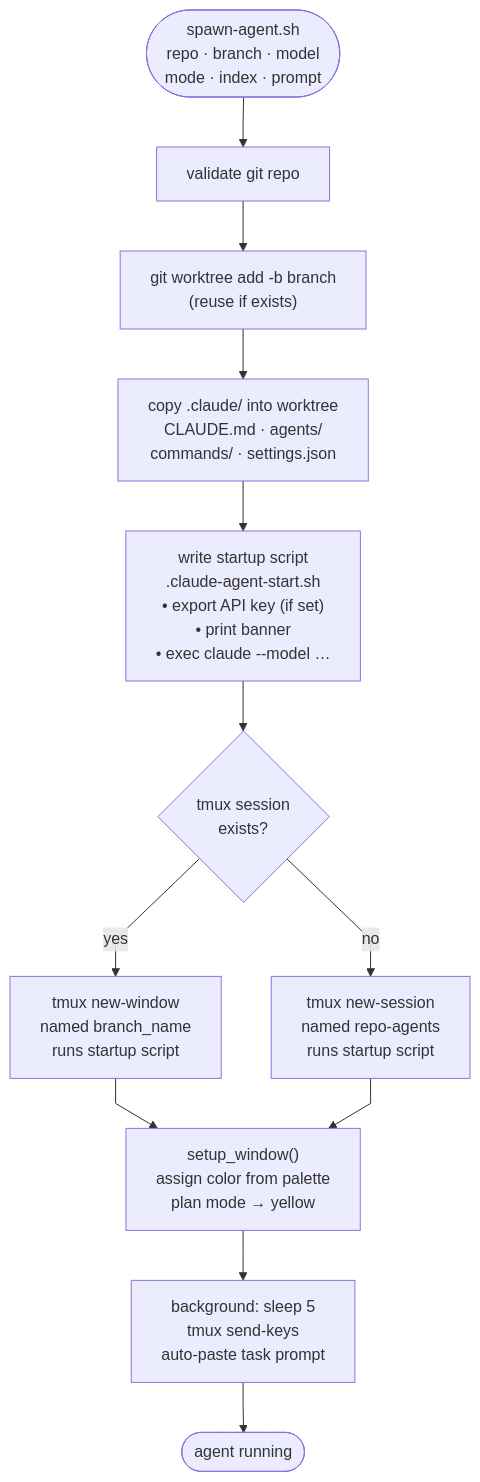
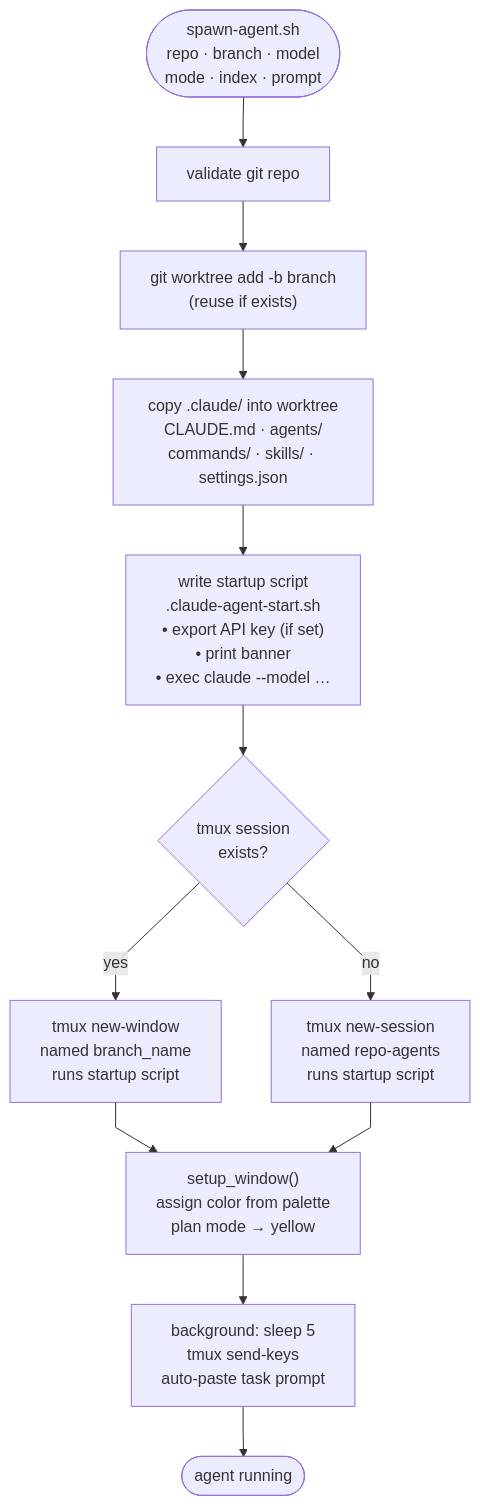
One commit to allexcd/claude-supervisor changed the third of 3 diagrams in ARCHITECTURE.md. Above: the diagram before and after it, drawn with Mermaid. The commit also changed other lines of this file and 1 other file, not shown here.

Commit message:
docs: update README and ARCHITECTURE to document .claude/skills/

````diff
--- a/ARCHITECTURE.md
+++ b/ARCHITECTURE.md
@@ -207,18 +215,18 @@
 ```mermaid
 %%{init: {'flowchart': {'curve': 'linear'}}}%%
 flowchart TD
     IN(["spawn-agent.sh\nrepo · branch · model\nmode · index · prompt"]) --> V[validate git repo]
     V --> WT["git worktree add -b branch\n(reuse if exists)"]
-    WT --> CP["copy .claude/ into worktree\nCLAUDE.md · agents/\ncommands/ · settings.json"]
+    WT --> CP["copy .claude/ into worktree\nCLAUDE.md · agents/\ncommands/ · skills/ · settings.json"]
     CP --> SC["write startup script\n.claude-agent-start.sh\n• export API key (if set)\n• print banner\n• exec claude --model …"]
 
     SC --> TM{tmux session\nexists?}
     TM -- yes --> TM1["tmux new-window\nnamed branch_name\nruns startup script"]
     TM -- no --> TM2["tmux new-session\nnamed repo-agents\nruns startup script"]
     TM1 --> SW
     TM2 --> SW
 
     SW["setup_window()\nassign color from palette\nplan mode → yellow"]
     SW --> AP["background: sleep 5\ntmux send-keys\nauto-paste task prompt"]
     AP --> DONE(["agent running"])
 ```
````
